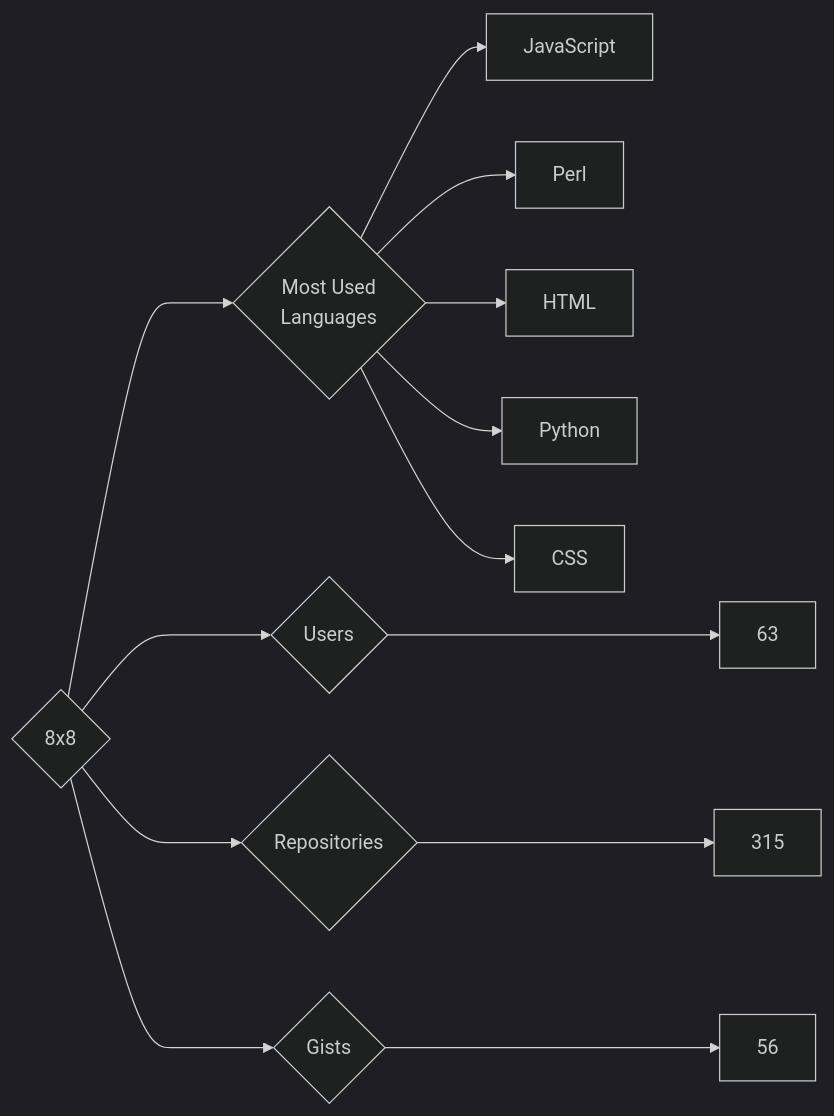
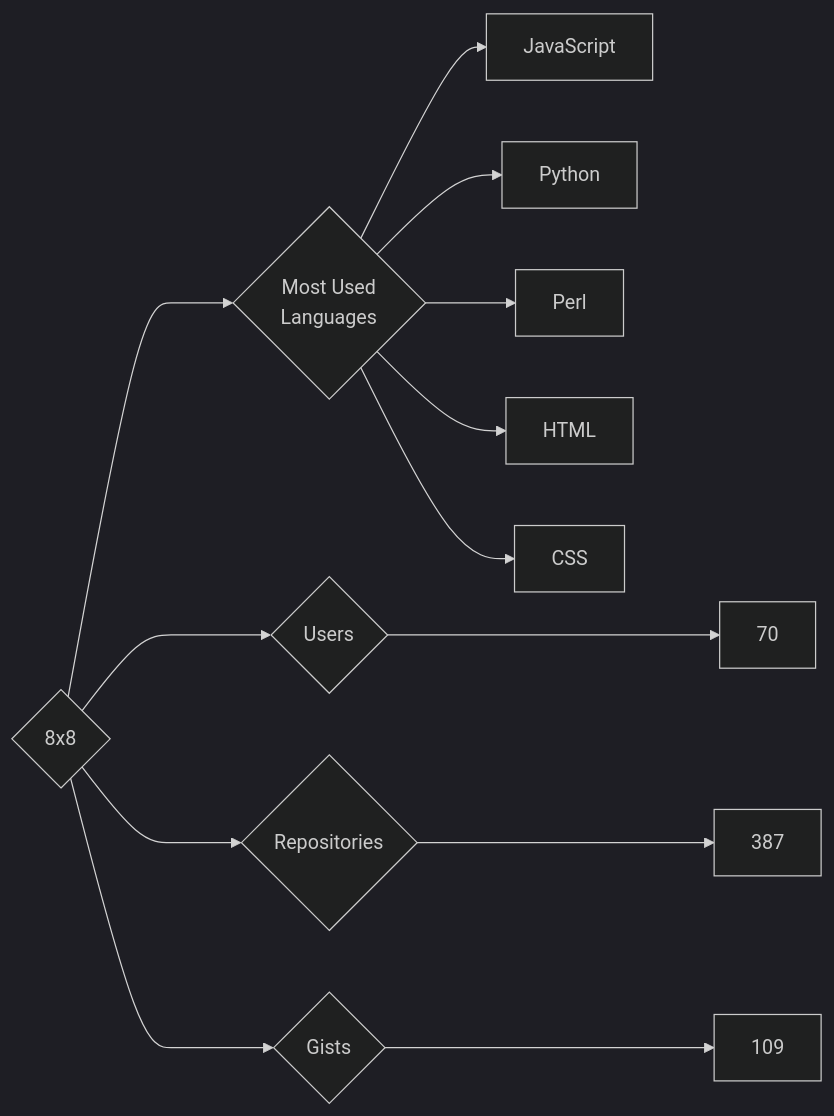
The diagram in targets/8x8/README.md (trickest/insiders), drawn with Mermaid (dark theme) before and after one commit. The commit also changed 840 other files, not shown here.

````diff
--- a/targets/8x8/README.md
+++ b/targets/8x8/README.md
@@ -3,13 +3,13 @@
 ```mermaid
 graph LR
 COMPANY_NAME{8x8}
-COMPANY_NAME ---> U{Users} ---> UN[63]
-COMPANY_NAME ---> R{Repositories} ---> RN[315]
-COMPANY_NAME ---> G{Gists} ---> GN[56]
+COMPANY_NAME ---> U{Users} ---> UN[70]
+COMPANY_NAME ---> R{Repositories} ---> RN[387]
+COMPANY_NAME ---> G{Gists} ---> GN[109]
 COMPANY_NAME ---> ML{Most Used<br>Languages}
 ML --> JavaScript[JavaScript]
+ML --> Python[Python]
 ML --> Perl[Perl]
 ML --> HTML[HTML]
-ML --> Python[Python]
 ML --> CSS[CSS]
 ```
````
